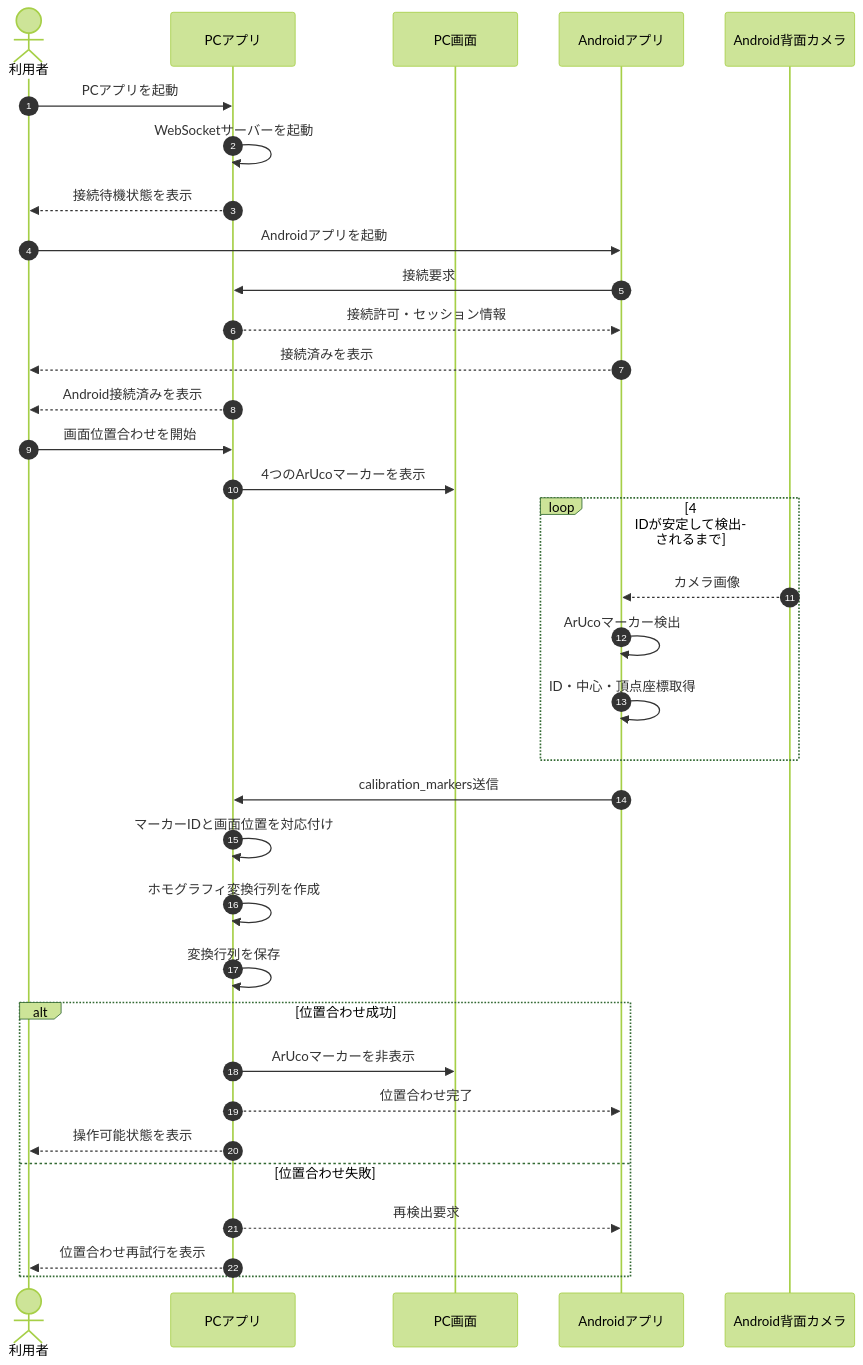
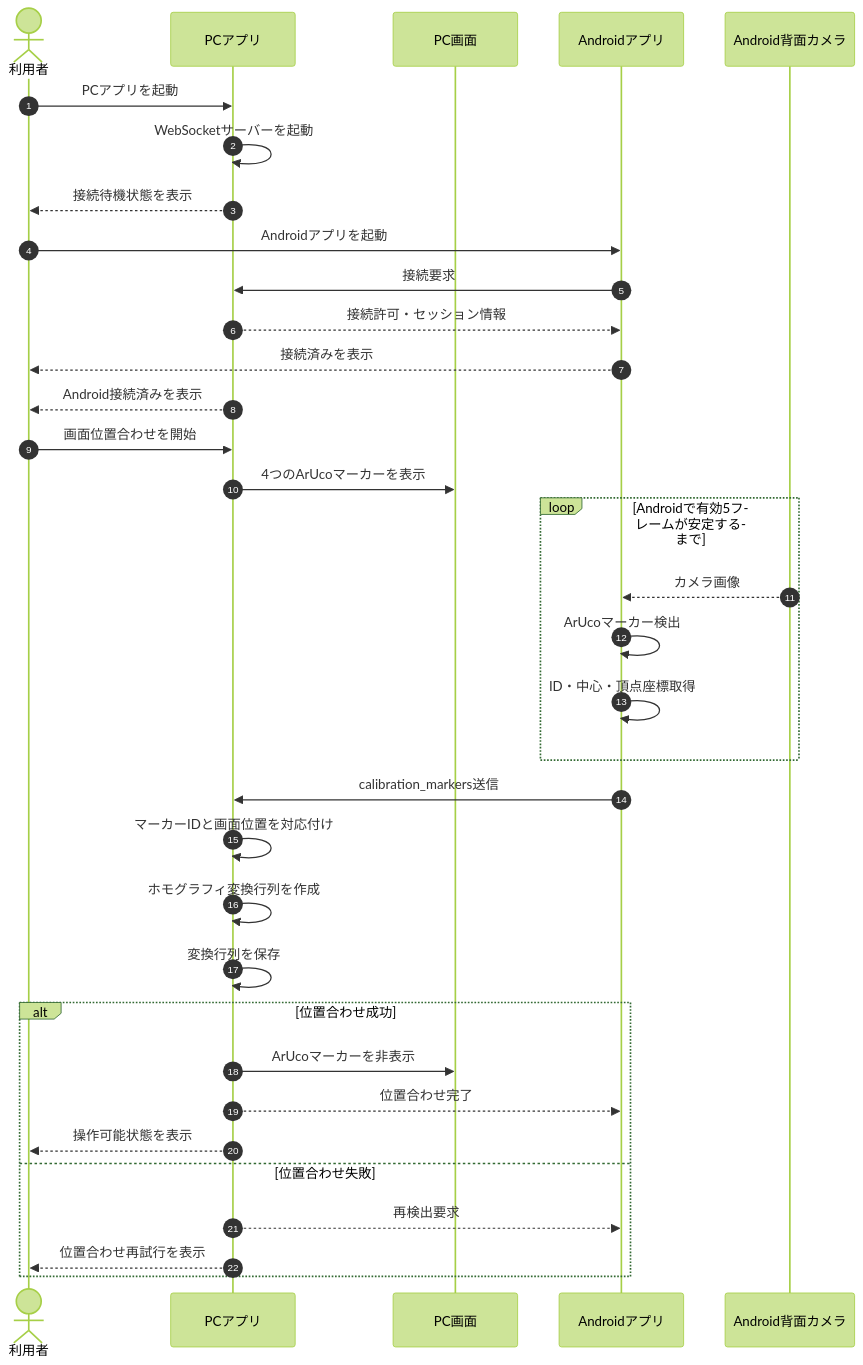
Before and after one commit to KIT-DevelopersHub/screact: the fourth of 26 diagrams in docs/desktop-app-requirements.md, drawn with Mermaid (forest theme). The commit also changed other lines of this file and 7 other files, not shown here.

````diff
--- a/docs/desktop-app-requirements.md
+++ b/docs/desktop-app-requirements.md
@@ -190,36 +190,36 @@
 ```mermaid
 sequenceDiagram
     autonumber
     actor User as 利用者
     participant PC as PCアプリ
     participant Screen as PC画面
     participant Android as Androidアプリ
     participant Camera as Android背面カメラ
     User->>PC: PCアプリを起動
     PC->>PC: WebSocketサーバーを起動
     PC-->>User: 接続待機状態を表示
     User->>Android: Androidアプリを起動
     Android->>PC: 接続要求
     PC-->>Android: 接続許可・セッション情報
     Android-->>User: 接続済みを表示
     PC-->>User: Android接続済みを表示
     User->>PC: 画面位置合わせを開始
     PC->>Screen: 4つのArUcoマーカーを表示
-    loop 4 IDが安定して検出されるまで
+    loop Androidで有効5フレームが安定するまで
         Camera-->>Android: カメラ画像
         Android->>Android: ArUcoマーカー検出
         Android->>Android: ID・中心・頂点座標取得
     end
     Android->>PC: calibration_markers送信
     PC->>PC: マーカーIDと画面位置を対応付け
     PC->>PC: ホモグラフィ変換行列を作成
     PC->>PC: 変換行列を保存
     alt 位置合わせ成功
         PC->>Screen: ArUcoマーカーを非表示
         PC-->>Android: 位置合わせ完了
         PC-->>User: 操作可能状態を表示
     else 位置合わせ失敗
         PC-->>Android: 再検出要求
         PC-->>User: 位置合わせ再試行を表示
     end
 ```
````
